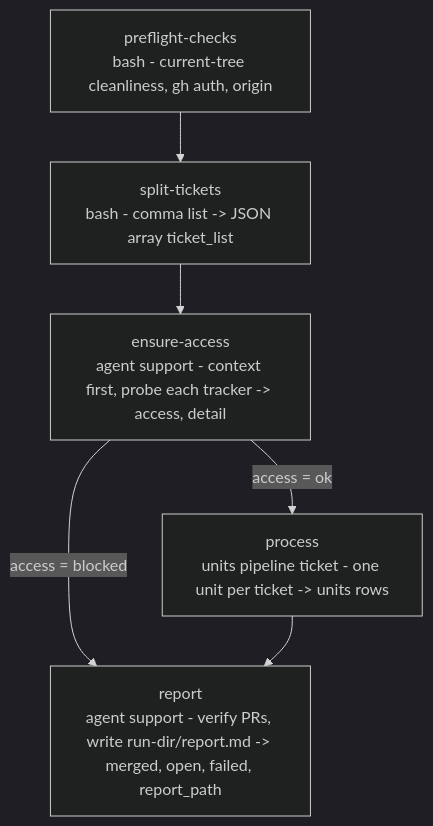
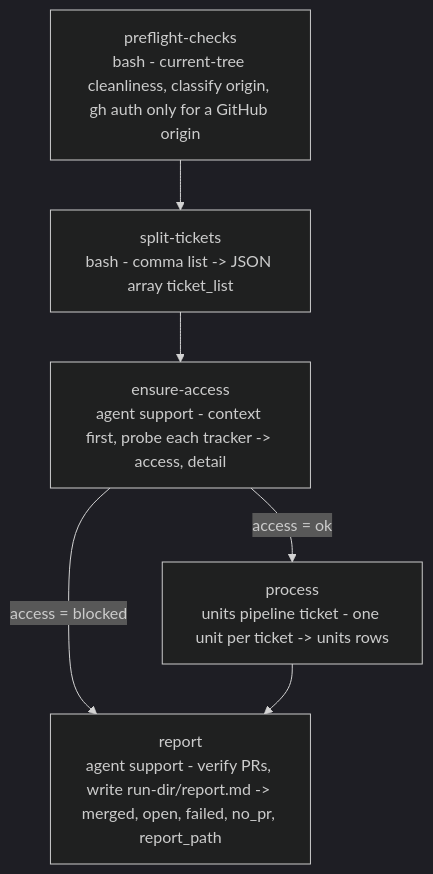
Before and after one commit to e1024kb/wise-claude: the diagram in plugins/wise/workflows/ticket-auto/README.md, drawn with Mermaid (dark theme). The commit also changed other lines of this file and 23 other files, not shown here.

First line of the commit message:
#88: Feedback: Make GitHub PR steps optional when the project has no GitHub remote (#89)

````diff
--- a/plugins/wise/workflows/ticket-auto/README.md
+++ b/plugins/wise/workflows/ticket-auto/README.md
@@ -66,8 +71,8 @@
 ```mermaid
 flowchart TD
-    A[preflight-checks<br/>bash - current-tree cleanliness, gh auth, origin] --> B[split-tickets<br/>bash - comma list -> JSON array ticket_list]
+    A[preflight-checks<br/>bash - current-tree cleanliness, classify origin, gh auth only for a GitHub origin] --> B[split-tickets<br/>bash - comma list -> JSON array ticket_list]
     B --> C[ensure-access<br/>agent support - context first, probe each tracker -> access, detail]
     C -->|access = ok| D[process<br/>units pipeline ticket - one unit per ticket -> units rows]
     C -->|access = blocked| E
-    D --> E[report<br/>agent support - verify PRs, write run-dir/report.md -> merged, open, failed, report_path]
+    D --> E[report<br/>agent support - verify PRs, write run-dir/report.md -> merged, open, failed, no_pr, report_path]
 ```
````
